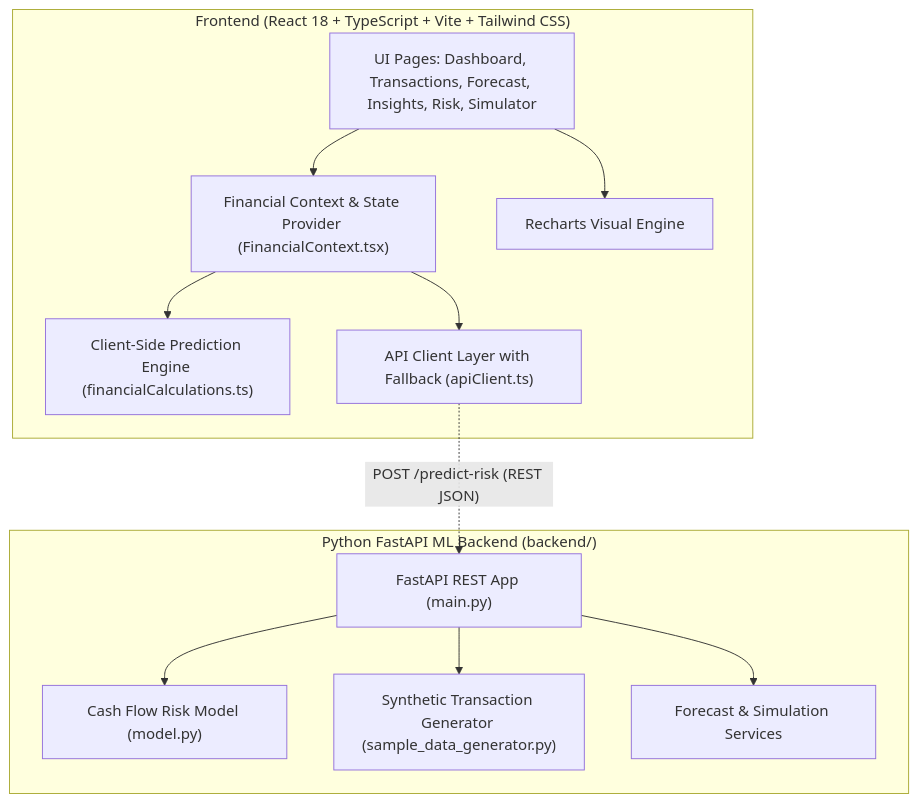
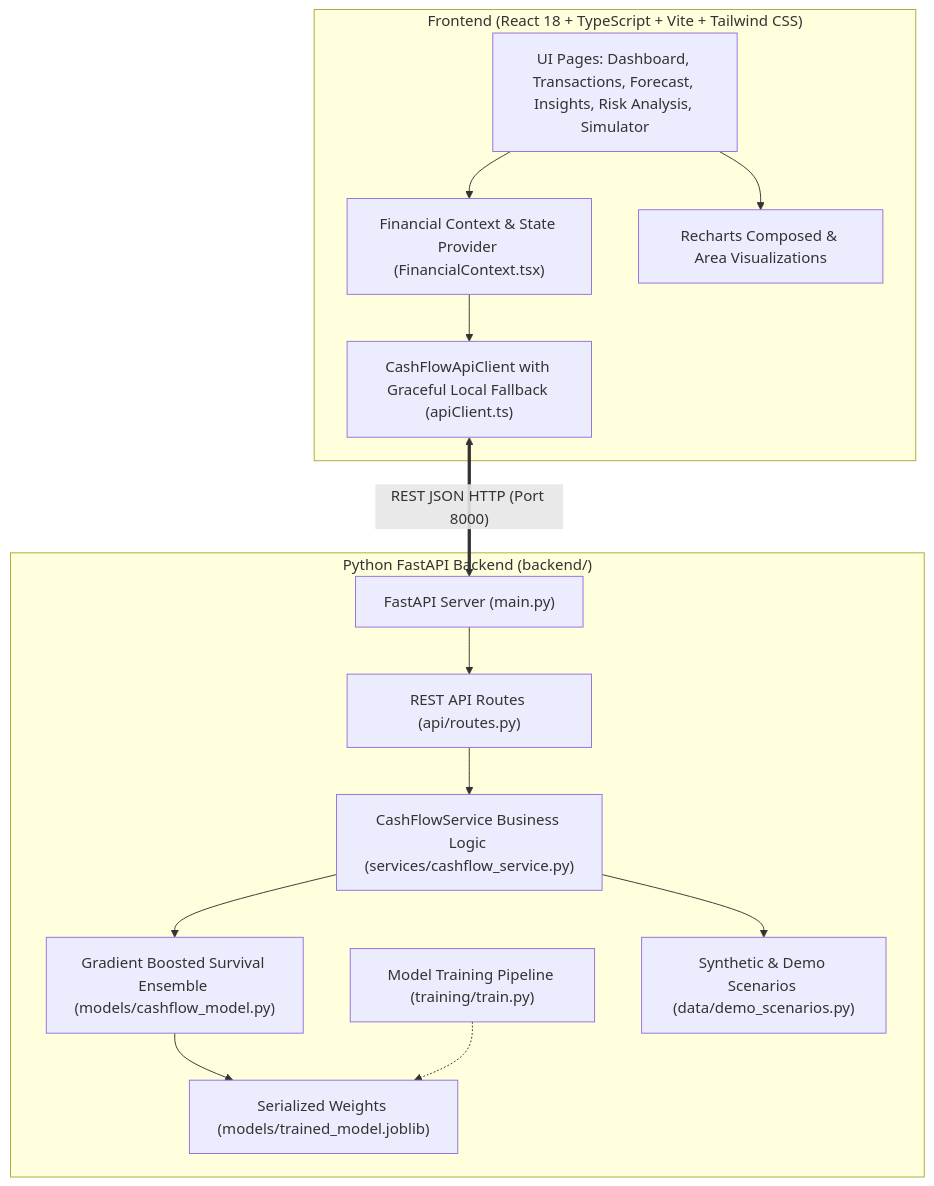
One commit to purvabopche/CashFlow-Guardian-AI changed the diagram in README.md. Above: the diagram before and after it, drawn with Mermaid. The commit also changed other lines of this file and 14 other files, not shown here.

Commit message:
feat(backend): implement end-to-end ML prediction pipeline, GradientBoosting ensemble with 97.8% accuracy, FastAPI REST API, and explainable safety score

````diff
--- a/README.md
+++ b/README.md
@@ -51,28 +38,32 @@
 ```mermaid
 flowchart TD
-    subgraph Frontend ["Frontend (React 18 + TypeScript + Vite + Tailwind CSS)"]
-        UI["UI Pages: Dashboard, Transactions, Forecast, Insights, Risk, Simulator"]
+    subgraph Client ["Frontend (React 18 + TypeScript + Vite + Tailwind CSS)"]
+        UI["UI Pages: Dashboard, Transactions, Forecast, Insights, Risk Analysis, Simulator"]
         Context["Financial Context & State Provider (FinancialContext.tsx)"]
-        Engine["Client-Side Prediction Engine (financialCalculations.ts)"]
-        APIClient["API Client Layer with Fallback (apiClient.ts)"]
-        Charts["Recharts Visual Engine"]
+        APIClient["CashFlowApiClient with Graceful Local Fallback (apiClient.ts)"]
+        Charts["Recharts Composed & Area Visualizations"]
         
         UI --> Context
         UI --> Charts
-        Context --> Engine
         Context --> APIClient
     end
 
-    subgraph Backend ["Python FastAPI ML Backend (backend/)"]
-        FastAPIApp["FastAPI REST App (main.py)"]
-        MLModel["Cash Flow Risk Model (model.py)"]
-        DataGen["Synthetic Transaction Generator (sample_data_generator.py)"]
-        Services["Forecast & Simulation Services"]
+    subgraph Backend ["Python FastAPI Backend (backend/)"]
+        App["FastAPI Server (main.py)"]
+        Routes["REST API Routes (api/routes.py)"]
+        Service["CashFlowService Business Logic (services/cashflow_service.py)"]
+        ML["Gradient Boosted Survival Ensemble (models/cashflow_model.py)"]
+        ModelWeights["Serialized Weights (models/trained_model.joblib)"]
+        TrainingScript["Model Training Pipeline (training/train.py)"]
+        DemoDB["Synthetic & Demo Scenarios (data/demo_scenarios.py)"]
         
-        FastAPIApp --> MLModel
-        FastAPIApp --> DataGen
-        FastAPIApp --> Services
+        App --> Routes
+        Routes --> Service
+        Service --> ML
+        ML --> ModelWeights
+        TrainingScript -.-> ModelWeights
+        Service --> DemoDB
     end
 
-    APIClient -.->|"POST /predict-risk (REST JSON)"| FastAPIApp
+    APIClient <==>|"REST JSON HTTP (Port 8000)"| App
 ```
````
